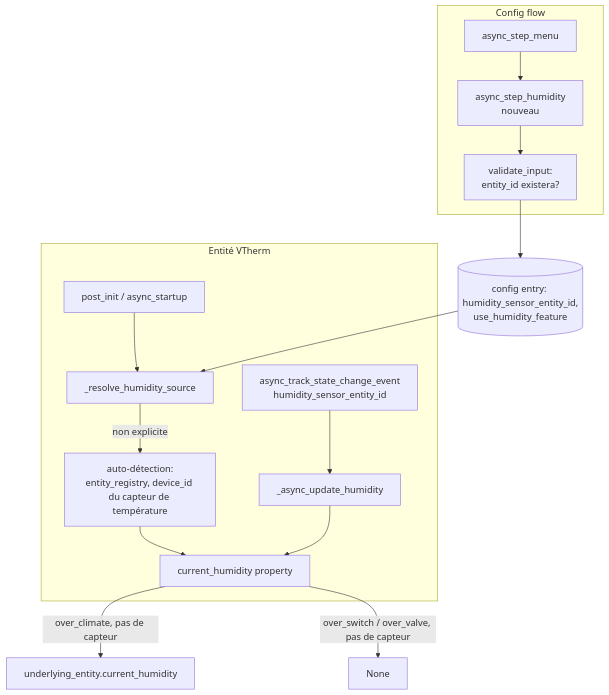
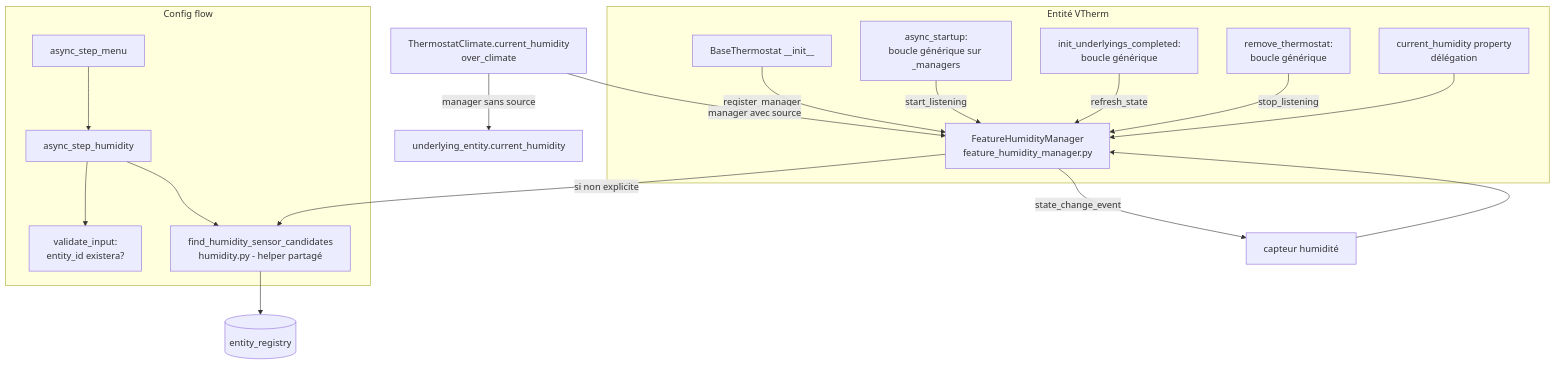
The first of 2 diagrams in documentation/tech-docs/issue-1964-design.md (jmcollin78/versatile_thermostat), drawn with Mermaid before and after one commit. The commit also changed other lines of this file and 26 other files, not shown here.

````diff
--- a/documentation/tech-docs/issue-1964-design.md
+++ b/documentation/tech-docs/issue-1964-design.md
@@ -58,19 +88,21 @@
 ```mermaid
 flowchart TD
     subgraph Config flow
-        MENU[async_step_menu] --> HUM[async_step_humidity<br/>nouveau]
+        MENU[async_step_menu] --> HUM[async_step_humidity]
         HUM --> VAL[validate_input:<br/>entity_id existera?]
+        HUM --> HELP[find_humidity_sensor_candidates<br/>humidity.py - helper partagé]
     end
     subgraph Entité VTherm
-        INIT[post_init / async_startup] --> RESOLVER[_resolve_humidity_source]
-        RESOLVER -->|non explicite| AUTO[auto-détection:<br/>entity_registry, device_id du capteur de température]
-        LISTENER[async_track_state_change_event<br/>humidity_sensor_entity_id] --> UPD[_async_update_humidity]
-        CURHUM[current_humidity property]
+        INIT[BaseThermostat __init__] -->|"register_manager"| HM[FeatureHumidityManager<br/>feature_humidity_manager.py]
+        START[async_startup:<br/>boucle générique sur _managers] -->|"start_listening"| HM
+        INITCOMPLETE[init_underlyings_completed:<br/>boucle générique] -->|"refresh_state"| HM
+        REMOVE[remove_thermostat:<br/>boucle générique] -->|"stop_listening"| HM
+        BT[current_humidity property<br/>délégation] --> HM
     end
-    VAL --> STORE[(config entry: humidity_sensor_entity_id,<br/>use_humidity_feature)]
-    STORE --> RESOLVER
-    AUTO --> CURHUM
-    UPD --> CURHUM
-    CURHUM -->|over_climate, pas de capteur| UNDER[underlying_entity.current_humidity]
-    CURHUM -->|over_switch / over_valve, pas de capteur| NONE[None]
+    HM -->|"si non explicite"| HELP
+    HELP --> ER[(entity_registry)]
+    HM -->|state_change_event| SENS[capteur humidité]
+    SENS --> HM
+    BTU[ThermostatClimate.current_humidity<br/>over_climate] -->|"manager sans source"| UNDER[underlying_entity.current_humidity]
+    BTU -->|"manager avec source"| HM
 ```
````
